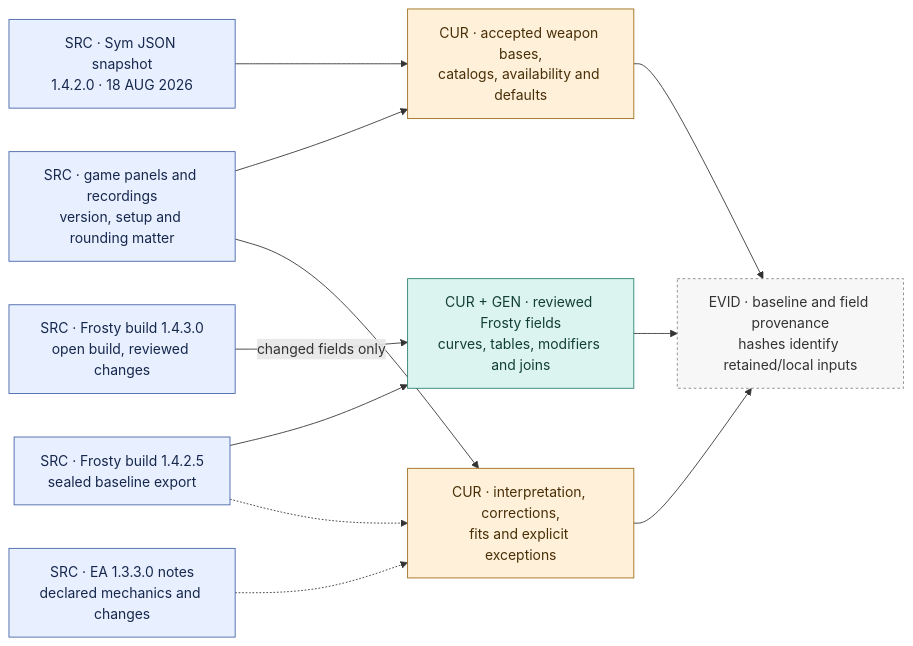
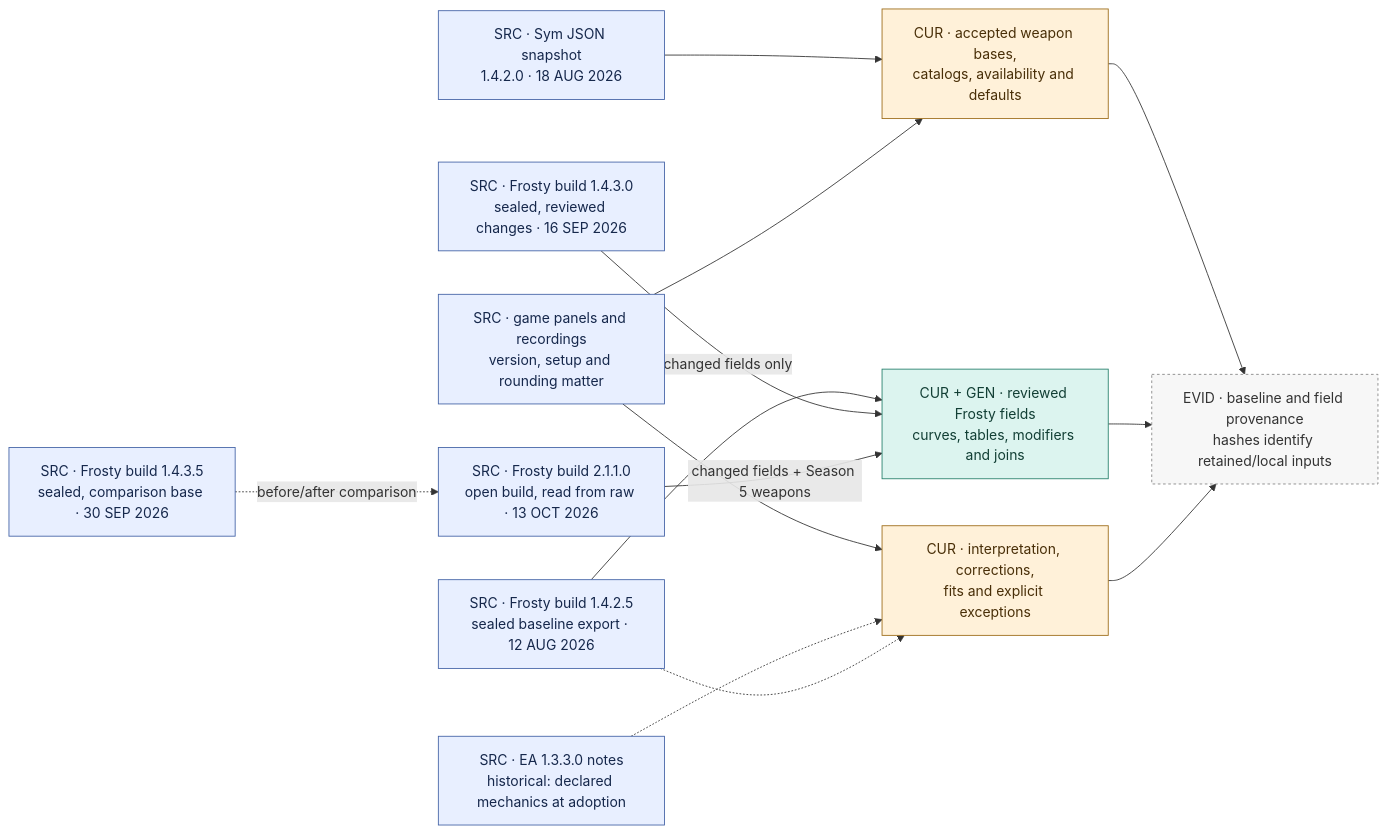
Before and after one commit to raymdl/BF6-Weapon-Analyzer: the first of 6 diagrams in docs/data-flow/SOURCES.md, drawn with Mermaid. The commit also changed other lines of this file and 7 other files, not shown here.

First line of the commit message:
Data-flow atlas re-checked against af612b3: 2.1.1.0 source chain, Season 5 counts, current UI

````diff
--- a/docs/data-flow/SOURCES.md
+++ b/docs/data-flow/SOURCES.md
@@ -9,26 +9,30 @@
 ```mermaid
 flowchart LR
     SY["SRC · Sym JSON snapshot<br/>1.4.2.0 · 18 AUG 2026"]:::src
-    EA["SRC · EA 1.3.3.0 notes<br/>declared mechanics and changes"]:::src
-    FX["SRC · Frosty build 1.4.2.5<br/>sealed baseline export"]:::src
-    F3["SRC · Frosty build 1.4.3.0<br/>open build, reviewed changes"]:::src
+    EA["SRC · EA 1.3.3.0 notes<br/>historical: declared mechanics at adoption"]:::src
+    FX["SRC · Frosty build 1.4.2.5<br/>sealed baseline export · 12 AUG 2026"]:::src
+    F3["SRC · Frosty build 1.4.3.0<br/>sealed, reviewed changes · 16 SEP 2026"]:::src
+    F35["SRC · Frosty build 1.4.3.5<br/>sealed, comparison base · 30 SEP 2026"]:::src
+    F21["SRC · Frosty build 2.1.1.0<br/>open build, read from raw · 13 OCT 2026"]:::src
     GP["SRC · game panels and recordings<br/>version, setup and rounding matter"]:::src
     WB["CUR · accepted weapon bases,<br/>catalogs, availability and defaults"]:::cur
     FL["CUR + GEN · reviewed Frosty fields<br/>curves, tables, modifiers and joins"]:::gen
     MP["CUR · interpretation, corrections,<br/>fits and explicit exceptions"]:::cur
     EV["EVID · baseline and field provenance<br/>hashes identify retained/local inputs"]:::ev
     SY --> WB
     FX --> FL
     F3 -->|changed fields only| FL
+    F35 -.->|before/after comparison| F21
+    F21 -->|changed fields + Season 5 weapons| FL
     GP --> WB
     GP --> MP
     EA -.-> MP
     FX -.-> MP
     WB --> EV
     FL --> EV
     MP --> EV
     classDef src fill:#e8efff,stroke:#4463a6,color:#16284c
     classDef cur fill:#fff1d9,stroke:#9c6b17,color:#492f08
     classDef gen fill:#dcf4ef,stroke:#27806c,color:#123f35
     classDef ev fill:#f7f7f7,stroke:#858585,color:#333333,stroke-dasharray:3 3
 ```
````
